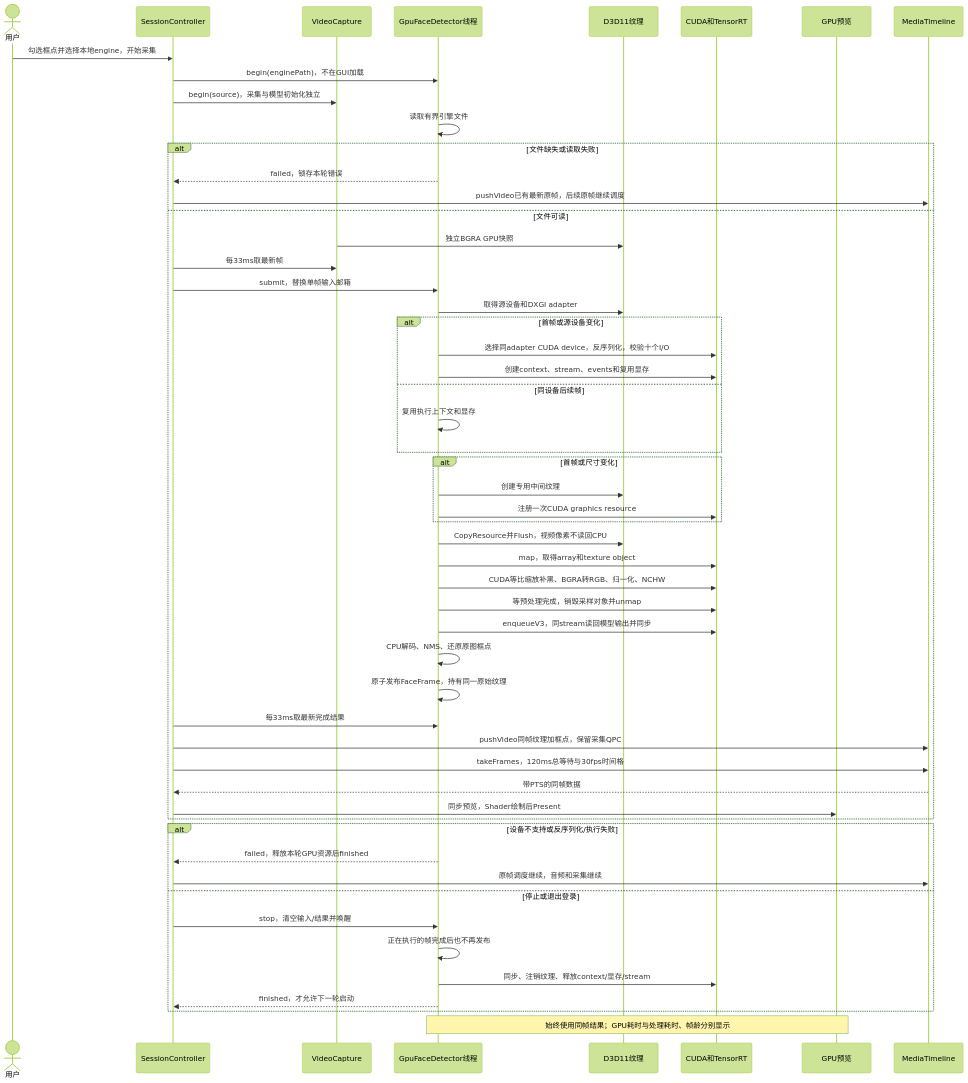
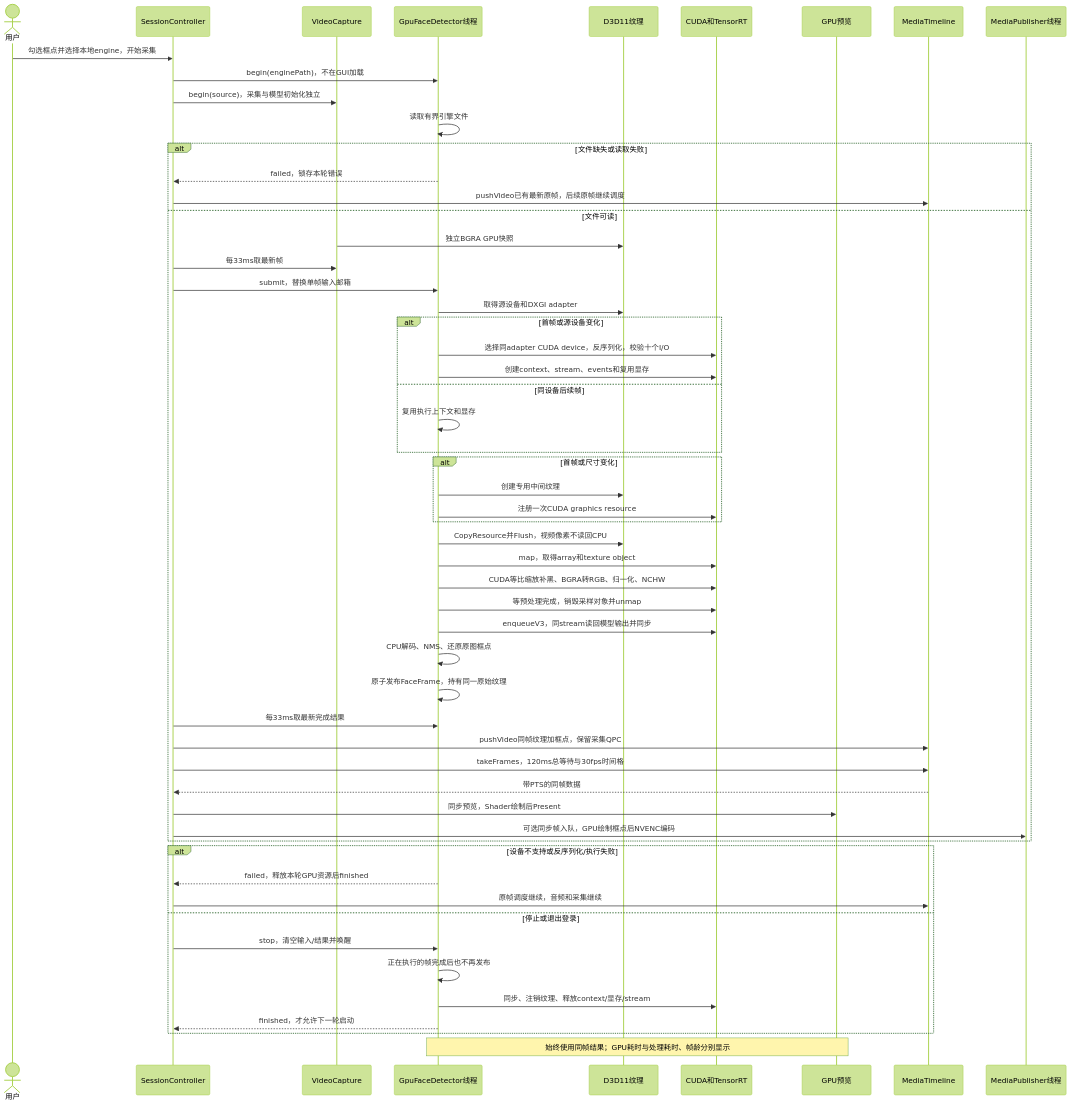
Before and after one commit to kingsman-svg/OBS: the diagram in docs/uml/gpu-face.mmd, drawn with Mermaid (forest theme). The commit also changed 40 other files, not shown here.

```diff
--- a/docs/uml/gpu-face.mmd
+++ b/docs/uml/gpu-face.mmd
@@ -1,54 +1,56 @@
 sequenceDiagram
 actor U as 用户
 participant C as SessionController
 participant W as VideoCapture
 participant F as GpuFaceDetector线程
 participant D as D3D11纹理
 participant G as CUDA和TensorRT
 participant P as GPU预览
 participant T as MediaTimeline
+participant E as MediaPublisher线程
 U->>C: 勾选框点并选择本地engine，开始采集
 C->>F: begin(enginePath)，不在GUI加载
 C->>W: begin(source)，采集与模型初始化独立
 F->>F: 读取有界引擎文件
 alt 文件缺失或读取失败
 F-->>C: failed，锁存本轮错误
 C->>T: pushVideo已有最新原帧，后续原帧继续调度
 else 文件可读
 W->>D: 独立BGRA GPU快照
 C->>W: 每33ms取最新帧
 C->>F: submit，替换单帧输入邮箱
 F->>D: 取得源设备和DXGI adapter
 alt 首帧或源设备变化
 F->>G: 选择同adapter CUDA device，反序列化，校验十个I/O
 F->>G: 创建context、stream、events和复用显存
 else 同设备后续帧
 F->>F: 复用执行上下文和显存
 end
 alt 首帧或尺寸变化
 F->>D: 创建专用中间纹理
 F->>G: 注册一次CUDA graphics resource
 end
 F->>D: CopyResource并Flush，视频像素不读回CPU
 F->>G: map，取得array和texture object
 F->>G: CUDA等比缩放补黑、BGRA转RGB、归一化、NCHW
 F->>G: 等预处理完成，销毁采样对象并unmap
 F->>G: enqueueV3，同stream读回模型输出并同步
 F->>F: CPU解码、NMS、还原原图框点
 F->>F: 原子发布FaceFrame，持有同一原始纹理
 C->>F: 每33ms取最新完成结果
 C->>T: pushVideo同帧纹理加框点，保留采集QPC
 C->>T: takeFrames，120ms总等待与30fps时间格
 T-->>C: 带PTS的同帧数据
 C->>P: 同步预览，Shader绘制后Present
+C->>E: 可选同步帧入队，GPU绘制框点后NVENC编码
 end
 alt 设备不支持或反序列化/执行失败
 F-->>C: failed，释放本轮GPU资源后finished
 C->>T: 原帧调度继续，音频和采集继续
 else 停止或退出登录
 C->>F: stop，清空输入/结果并唤醒
 F->>F: 正在执行的帧完成后也不再发布
 F->>G: 同步、注销纹理、释放context/显存/stream
 F-->>C: finished，才允许下一轮启动
 end
 Note over F,P: 始终使用同帧结果；GPU耗时与处理耗时、帧龄分别显示
```
